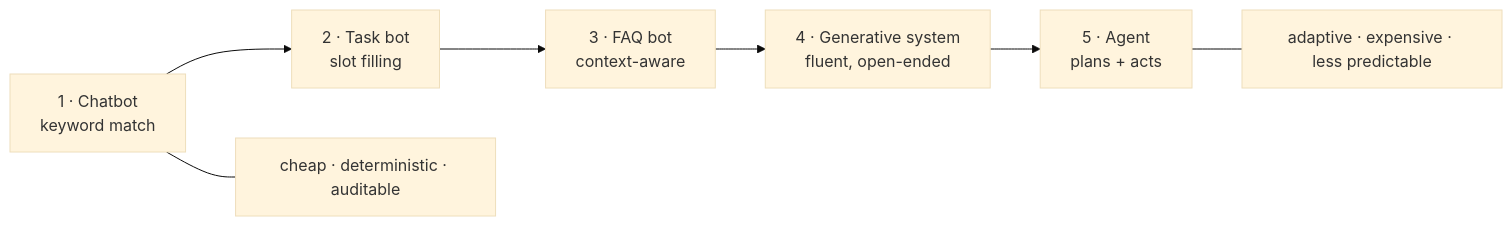
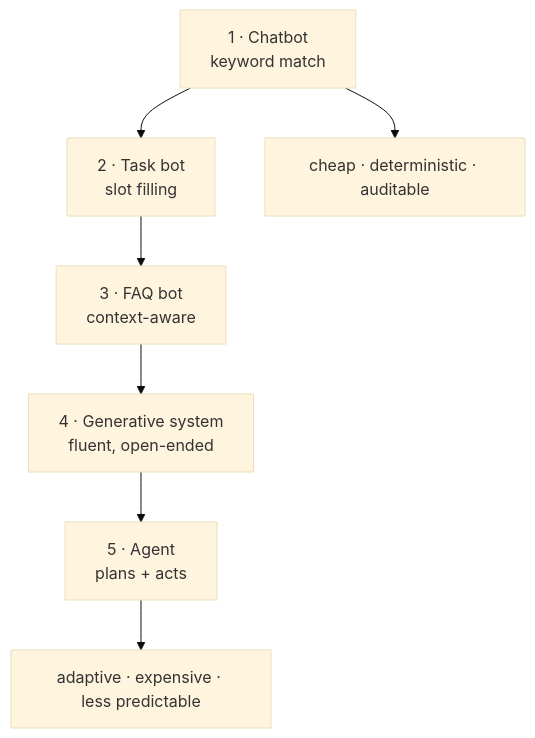
The first of 12 diagrams in 2026-2027-Sem1/AIMLCZG521-ConversationalAI/notes/S01-foundations.md (sanjaykumarpushadapu/MTech), drawn with Mermaid (base theme) before and after one commit. The commit also changed other lines of this file and 3 other files, not shown here.

````diff
--- a/2026-2027-Sem1/AIMLCZG521-ConversationalAI/notes/S01-foundations.md
+++ b/2026-2027-Sem1/AIMLCZG521-ConversationalAI/notes/S01-foundations.md
@@ -33,9 +33,9 @@
 ```mermaid
-flowchart LR
+flowchart TD
     A["1 · Chatbot<br/>keyword match"] --> B["2 · Task bot<br/>slot filling"]
     B --> C["3 · FAQ bot<br/>context-aware"]
     C --> D["4 · Generative system<br/>fluent, open-ended"]
     D --> E["5 · Agent<br/>plans + acts"]
-    A --- L["cheap · deterministic · auditable"]
-    E --- R["adaptive · expensive · less predictable"]
+    A --> N1["cheap · deterministic · auditable"]
+    E --> N2["adaptive · expensive · less predictable"]
 ```
````
